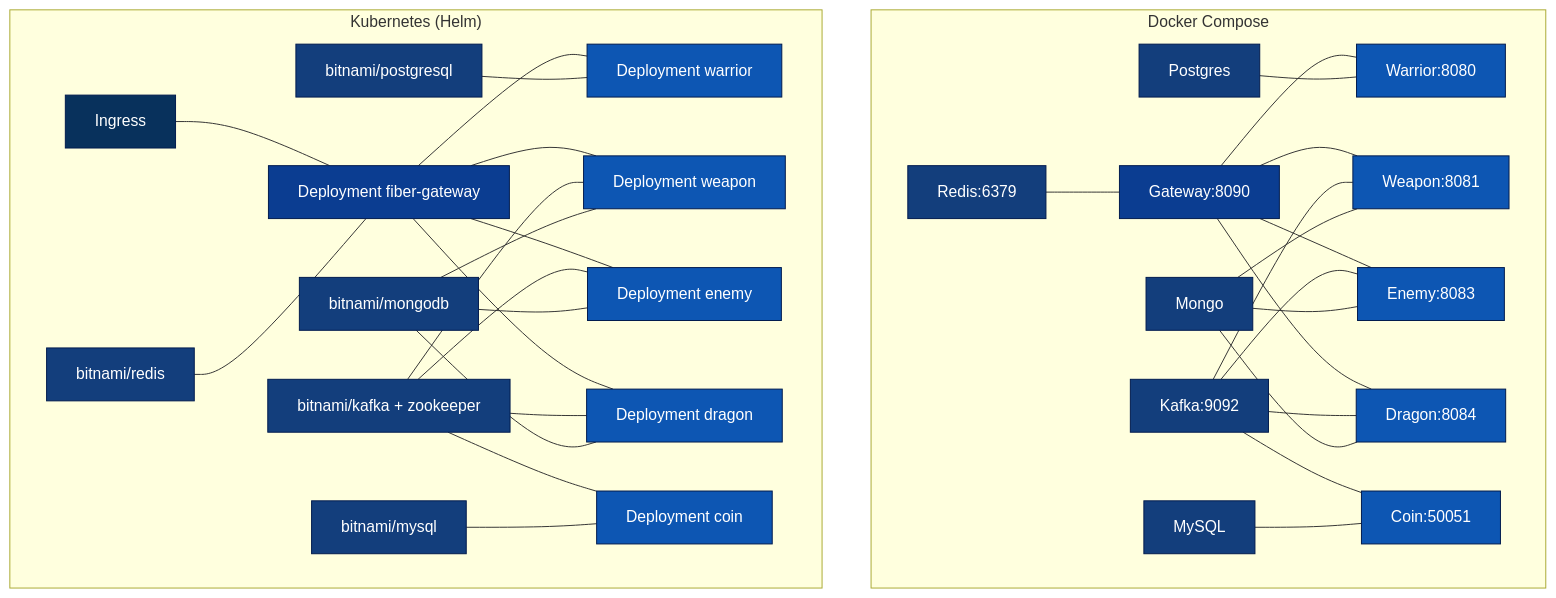
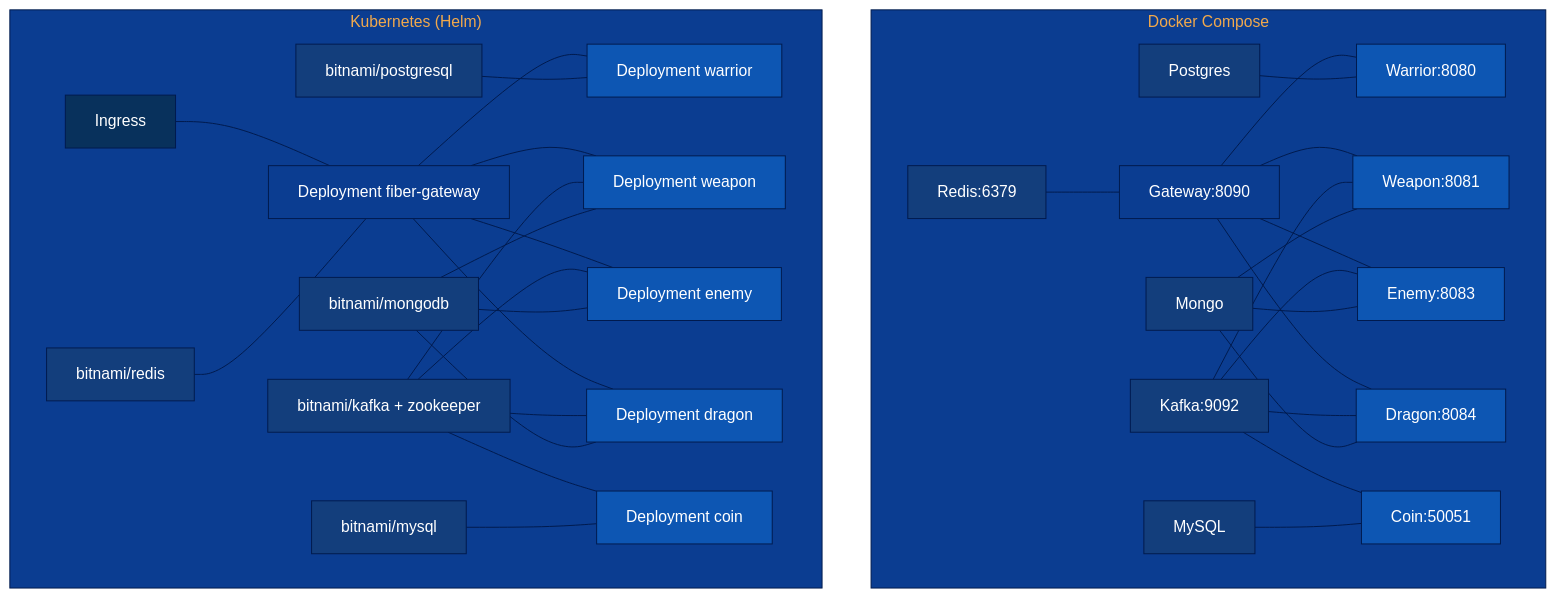
The seventh of 12 diagrams in README.md (tiraten-bot/network-sec-micro), drawn with Mermaid before and after one commit. The commit also changed other lines of this file, not shown here.

Commit message:
Enhance README.md with improved architecture diagrams for Fiber API Gateway and Docker vs Kubernetes topology. Updated diagram labels for clarity and added theme customization for better visual presentation.

````diff
--- a/README.md
+++ b/README.md
@@ -315,4 +327,16 @@
 ```mermaid
+%%{init: {
+  'theme': 'base',
+  'themeVariables': {
+    'primaryColor': '#0b3d91',
+    'primaryTextColor': '#ffffff',
+    'primaryBorderColor': '#001a4d',
+    'lineColor': '#001a4d',
+    'tertiaryColor': '#0d56b3',
+    'clusterBkg': '#0b3d91',
+    'clusterBorder': '#001a4d'
+  }
+}}%%
 graph TB
     subgraph "Docker Compose"
         DCGW[Gateway:8090]
````
